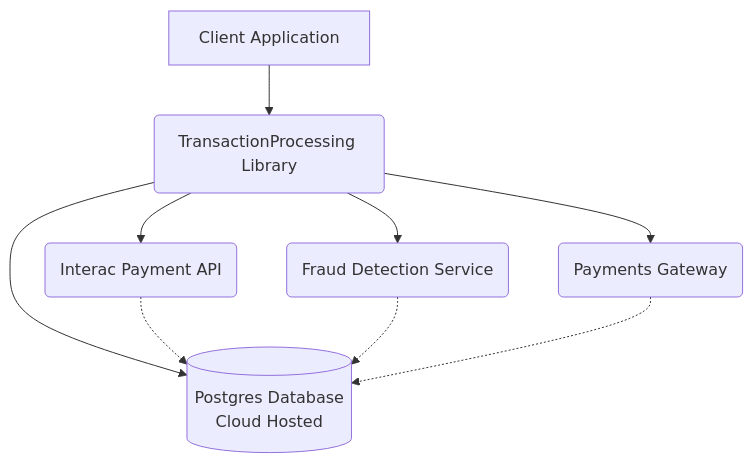
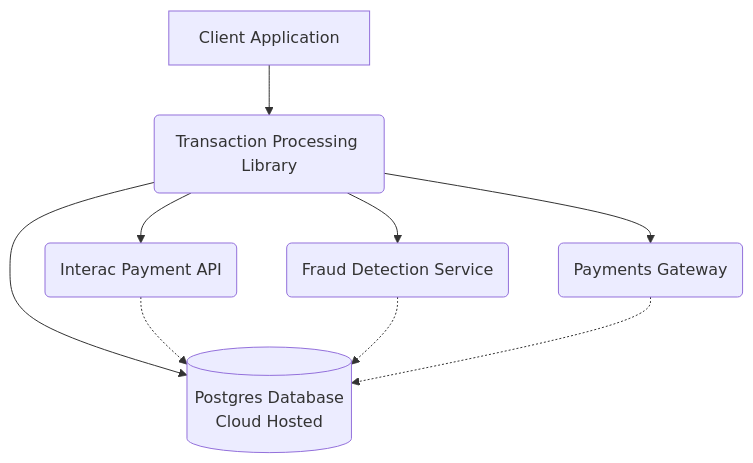
The diagram in docs/index.md (alexsoto-harness/transactionprocessing), drawn with Mermaid before and after one commit. The commit also changed other lines of this file and 4 other files, not shown here.

````diff
--- a/docs/index.md
+++ b/docs/index.md
@@ -36,11 +36,11 @@
 ```mermaid
 flowchart TD
-    A[Client Application] --> B(TransactionProcessing Library)
+    A[Client Application] --> B(Transaction Processing Library)
     B --> C(Interac Payment API)
     B --> D(Fraud Detection Service)
     B --> E(Payments Gateway)
     B --> F[(Postgres Database<br/>Cloud Hosted)]
     C -.-> F
     D -.-> F
     E -.-> F
 ```
````
